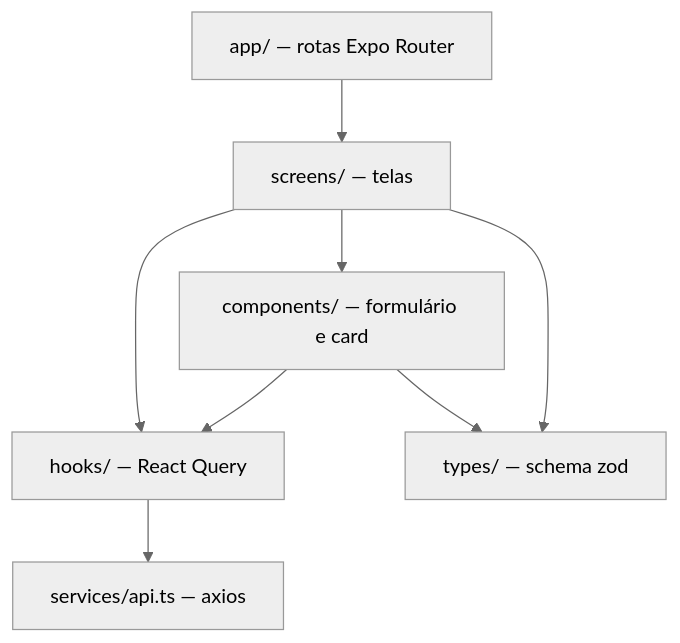
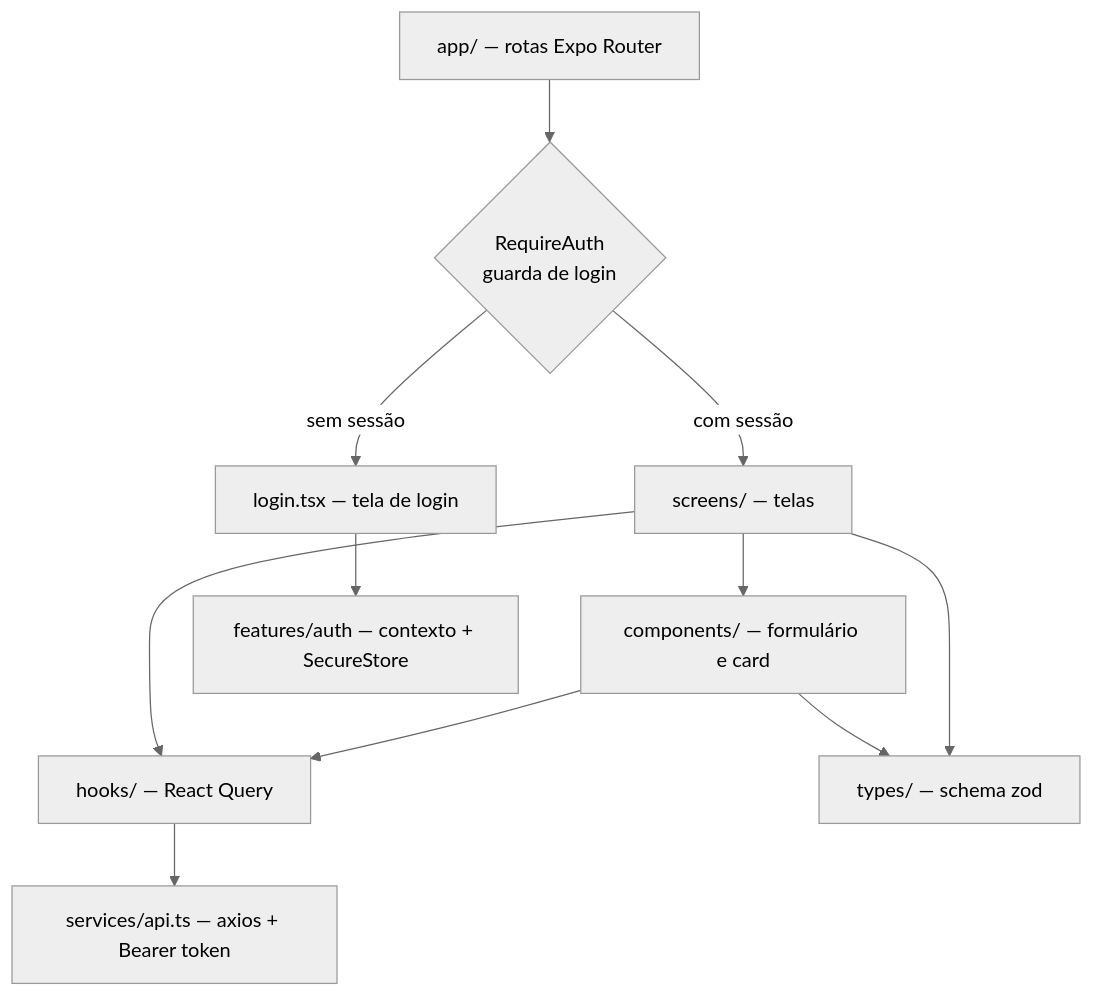
Before and after one commit to douglasmasuzzo/NFSe-Solutions: the second of 6 diagrams in docs/APRESENTACAO.md, drawn with Mermaid (neutral theme). The commit also changed other lines of this file and 51 other files, not shown here.

````diff
--- a/docs/APRESENTACAO.md
+++ b/docs/APRESENTACAO.md
@@ -98,10 +106,13 @@
 ```mermaid
 flowchart TD
-    R[app/ — rotas Expo Router] --> S[screens/ — telas]
+    R[app/ — rotas Expo Router] --> G{RequireAuth<br/>guarda de login}
+    G -->|sem sessão| L[login.tsx — tela de login]
+    G -->|com sessão| S[screens/ — telas]
     S --> H[hooks/ — React Query]
-    H --> API[services/api.ts — axios]
+    H --> API[services/api.ts — axios + Bearer token]
     S --> C[components/ — formulário e card]
     C --> T[types/ — schema zod]
     C --> H
     S --> T
+    L --> AUTH[features/auth — contexto + SecureStore]
 ```
````
